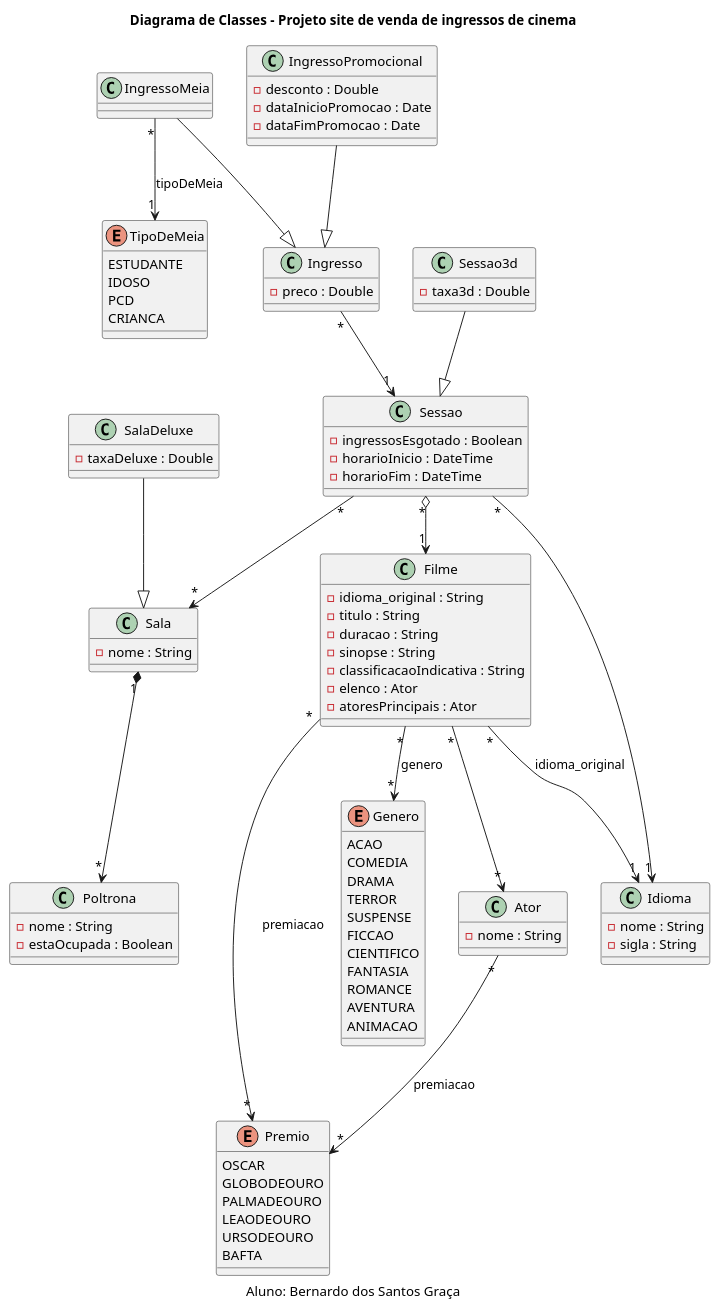
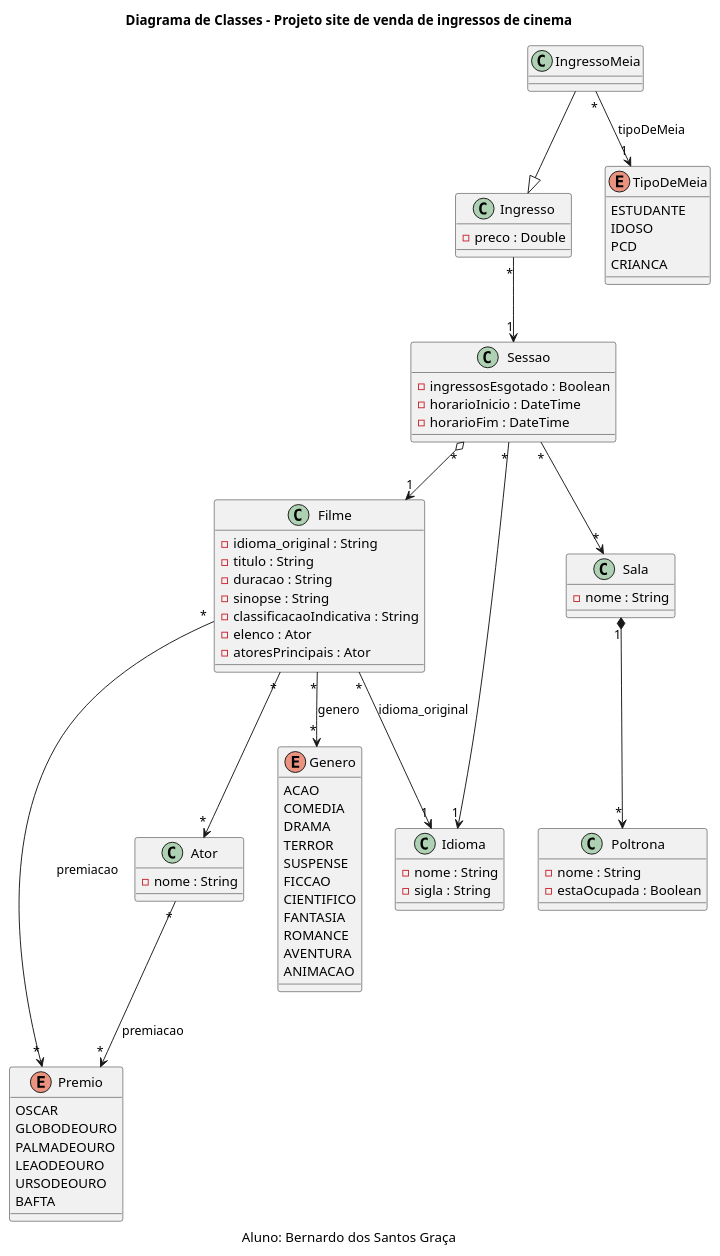
Before and after one commit to bernardoDSG/svi-tp1-api: the diagram in diagrams/diagrama-de-classes.puml, drawn with PlantUML. The commit also changed 16 other files, not shown here.

```diff
--- a/diagrams/diagrama-de-classes.puml
+++ b/diagrams/diagrama-de-classes.puml
@@ -1,124 +1,112 @@
 @startuml diagrama
 title Diagrama de Classes - Projeto site de venda de ingressos de cinema
 caption Aluno: Bernardo dos Santos Graça
 
 ' --------------------
 ' Classes principais
 ' --------------------
 
 class Filme {
     - idioma_original : String
     - titulo : String
     - duracao : String
     - sinopse : String
     - classificacaoIndicativa : String
     - elenco : Ator
     - atoresPrincipais : Ator
 }
 
 class IngressoMeia{
     
 }
 
 enum Premio {
     OSCAR 
     GLOBODEOURO
     PALMADEOURO
     LEAODEOURO
     URSODEOURO
     BAFTA
 }
 
 enum Genero {
     ACAO 
     COMEDIA
     DRAMA 
     TERROR 
     SUSPENSE 
     FICCAO 
     CIENTIFICO 
     FANTASIA 
     ROMANCE 
     AVENTURA 
     ANIMACAO
 }
 
 enum TipoDeMeia {
     ESTUDANTE
     IDOSO
     PCD 
     CRIANCA
 
 }
 
 class Ator {
     - nome : String
 }
 
 class Sessao {
     - ingressosEsgotado : Boolean
     - horarioInicio : DateTime
     - horarioFim : DateTime
     
 }
 
 class Sala {
     - nome : String
 }
 
 class Poltrona {
     - nome : String
     - estaOcupada : Boolean
 }
 
 class Ingresso {
     - preco : Double
     
 }
 class Idioma{
     - nome : String
     - sigla : String
 }
 
 ' --------------------
 ' Subclasses
 ' --------------------
 
-class Sessao3d {
-    - taxa3d : Double
-}
 
-class SalaDeluxe {
-    - taxaDeluxe : Double
-}
 
-class IngressoPromocional {
-    - desconto : Double
-    - dataInicioPromocao : Date
-    - dataFimPromocao : Date
-}
+
 
 ' --------------------
 ' Herança
 ' --------------------
-Sessao3d --|> Sessao
-SalaDeluxe --|> Sala
-IngressoPromocional --|> Ingresso
+
 IngressoMeia --|> Ingresso
 
 ' --------------------
 ' Relacionamentos
 ' --------------------
 Filme "*" --> "*" Ator
 Filme "*" --> "*" Genero : genero
 Filme "*" --> "*" Premio : premiacao
 Ator "*" --> "*" Premio : premiacao
 Filme "*" --> "1" Idioma : idioma_original
 IngressoMeia "*" --> "1" TipoDeMeia : tipoDeMeia
 Ingresso "*" --> "1" Sessao
 Sessao "*" --> "*" Sala
 Sessao "*" --> "1" Idioma
 Sala "1" *--> "*" Poltrona
 Sessao "*" o--> "1" Filme
 
 @enduml
```
